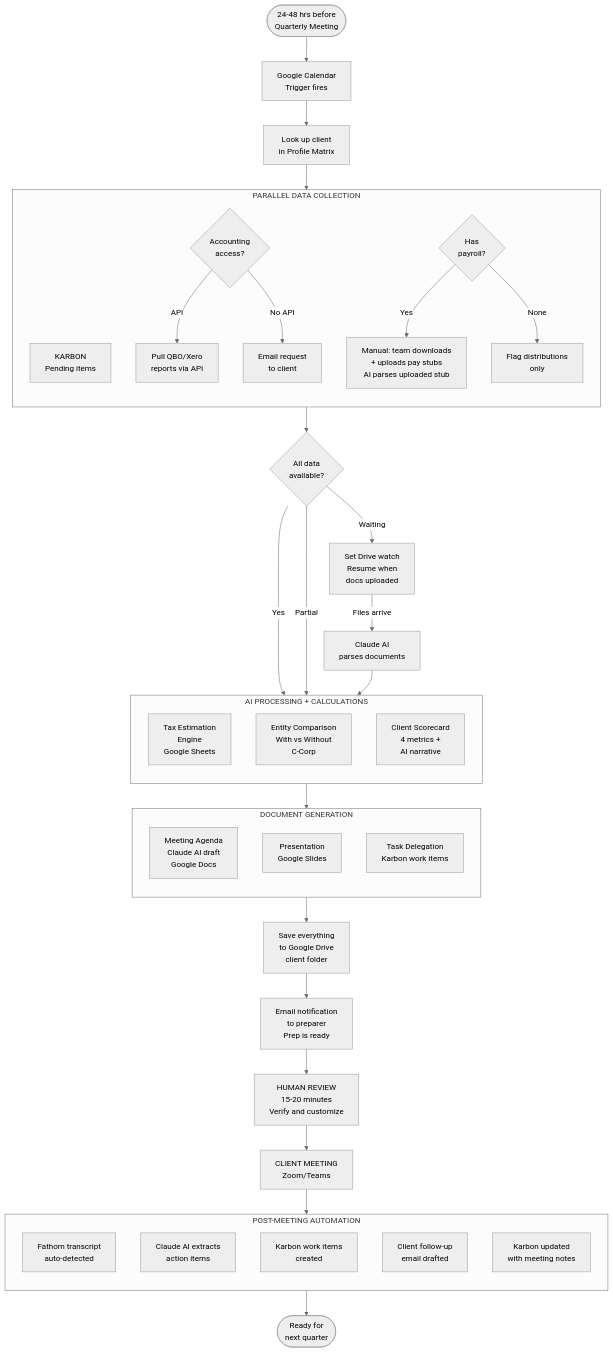
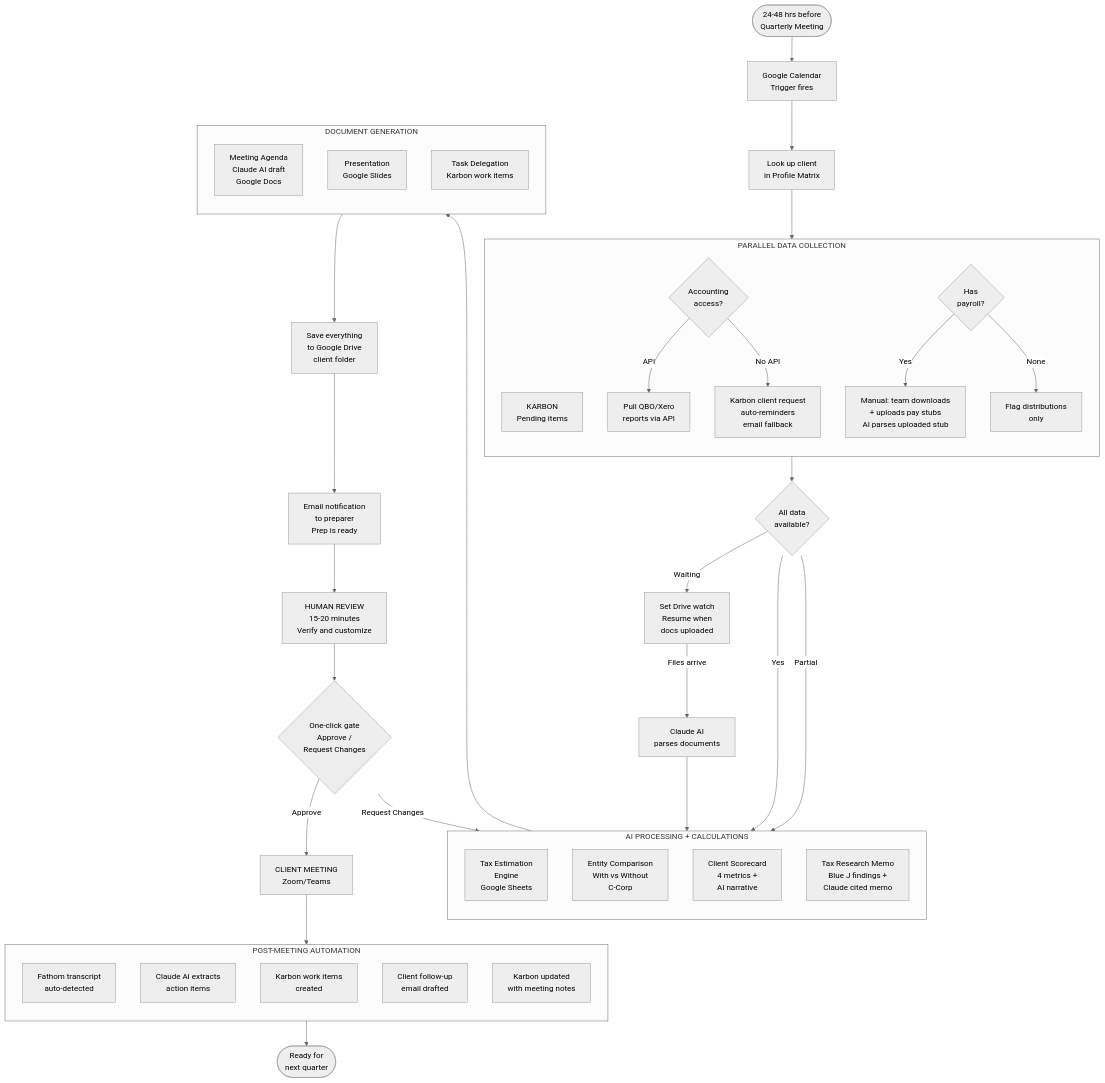
Diagram 23 of 23 in docs/quarterly-meeting-automation/05-Comprehensive-Workflow-Documentation.md (dkinvestments-art/n8n), drawn with Mermaid (neutral theme) before and after one commit. The commit also changed other lines of this file, not shown here.

````diff
--- a/docs/quarterly-meeting-automation/05-Comprehensive-Workflow-Documentation.md
+++ b/docs/quarterly-meeting-automation/05-Comprehensive-Workflow-Documentation.md
@@ -1086,67 +1240,70 @@
 ```mermaid
 flowchart TD
     START([24-48 hrs before<br/>Quarterly Meeting]) --> TRIGGER[Google Calendar<br/>Trigger fires]
 
     TRIGGER --> LOOKUP[Look up client<br/>in Profile Matrix]
 
     LOOKUP --> PARALLEL_COLLECT
 
     subgraph PARALLEL_COLLECT["PARALLEL DATA COLLECTION"]
         direction TB
 
         K[KARBON<br/>Pending items]
 
         F_CHECK{Accounting<br/>access?}
         F_CHECK -->|API| F_API[Pull QBO/Xero<br/>reports via API]
-        F_CHECK -->|No API| F_EMAIL[Email request<br/>to client]
+        F_CHECK -->|No API| F_EMAIL[Karbon client request<br/>auto-reminders<br/>email fallback]
 
         P_CHECK{Has<br/>payroll?}
         P_CHECK -->|Yes| P_MANUAL[Manual: team downloads<br/>+ uploads pay stubs<br/>AI parses uploaded stub]
         P_CHECK -->|None| P_SKIP[Flag distributions<br/>only]
     end
 
     PARALLEL_COLLECT --> DATA_READY{All data<br/>available?}
 
     DATA_READY -->|Yes| PROCESS
     DATA_READY -->|Partial| PROCESS
     DATA_READY -->|Waiting| DRIVE_WATCH[Set Drive watch<br/>Resume when<br/>docs uploaded]
     DRIVE_WATCH -->|Files arrive| PARSE_DOCS[Claude AI<br/>parses documents]
     PARSE_DOCS --> PROCESS
 
     subgraph PROCESS["AI PROCESSING + CALCULATIONS"]
         direction TB
         TAX[Tax Estimation<br/>Engine<br/>Google Sheets]
         COMPARE[Entity Comparison<br/>With vs Without<br/>C-Corp]
         SCORECARD[Client Scorecard<br/>4 metrics +<br/>AI narrative]
+        RESEARCH[Tax Research Memo<br/>Blue J findings +<br/>Claude cited memo]
     end
 
     PROCESS --> GENERATE
 
     subgraph GENERATE["DOCUMENT GENERATION"]
         direction TB
         AGENDA_GEN[Meeting Agenda<br/>Claude AI draft<br/>Google Docs]
         SLIDES_GEN[Presentation<br/>Google Slides]
         TASKS_GEN[Task Delegation<br/>Karbon work items]
     end
 
     GENERATE --> SAVE_ALL[Save everything<br/>to Google Drive<br/>client folder]
 
     SAVE_ALL --> NOTIFY_PREP[Email notification<br/>to preparer<br/>Prep is ready]
 
     NOTIFY_PREP --> HUMAN_REVIEW[HUMAN REVIEW<br/>15-20 minutes<br/>Verify and customize]
 
-    HUMAN_REVIEW --> CLIENT_MEETING[CLIENT MEETING<br/>Zoom/Teams]
+    HUMAN_REVIEW --> GATE{One-click gate<br/>Approve /<br/>Request Changes}
+    GATE -->|Request Changes| PROCESS
+    GATE -->|Approve| CLIENT_MEETING[CLIENT MEETING<br/>Zoom/Teams]
 
     CLIENT_MEETING --> POST
 
     subgraph POST["POST-MEETING AUTOMATION"]
         direction TB
         FATHOM_PULL[Fathom transcript<br/>auto-detected]
         ACTION_EXTRACT[Claude AI extracts<br/>action items]
         TASK_CREATE[Karbon work items<br/>created]
         FOLLOWUP[Client follow-up<br/>email drafted]
         KARBON_UPDATE[Karbon updated<br/>with meeting notes]
     end
 
     POST --> NEXT([Ready for<br/>next quarter])
 ```
````
